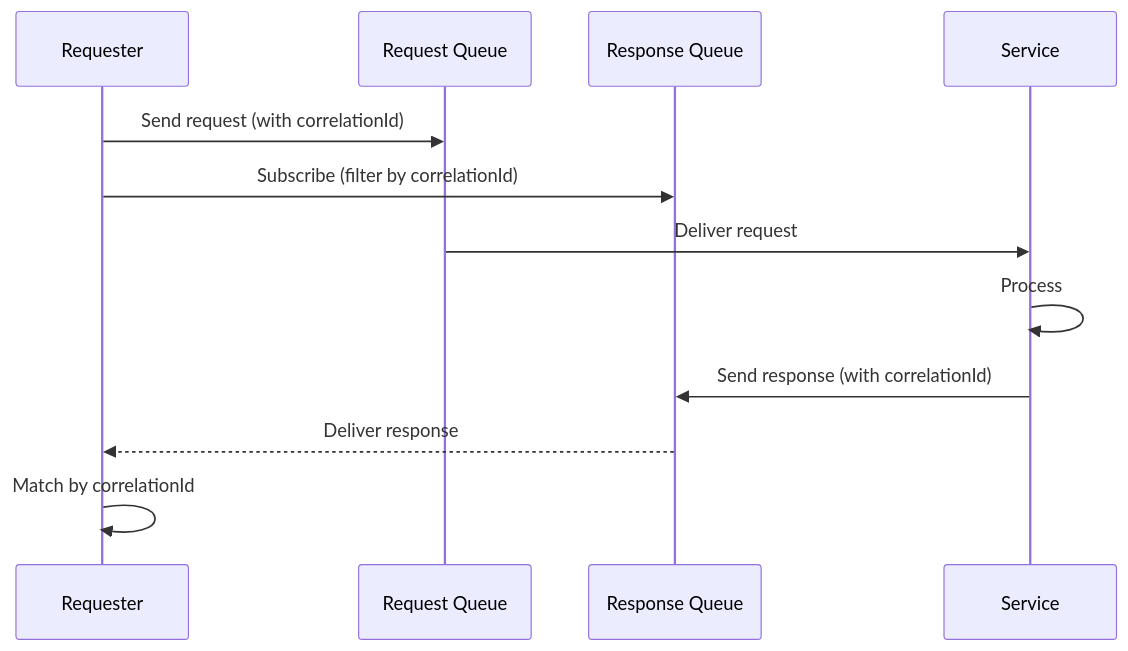
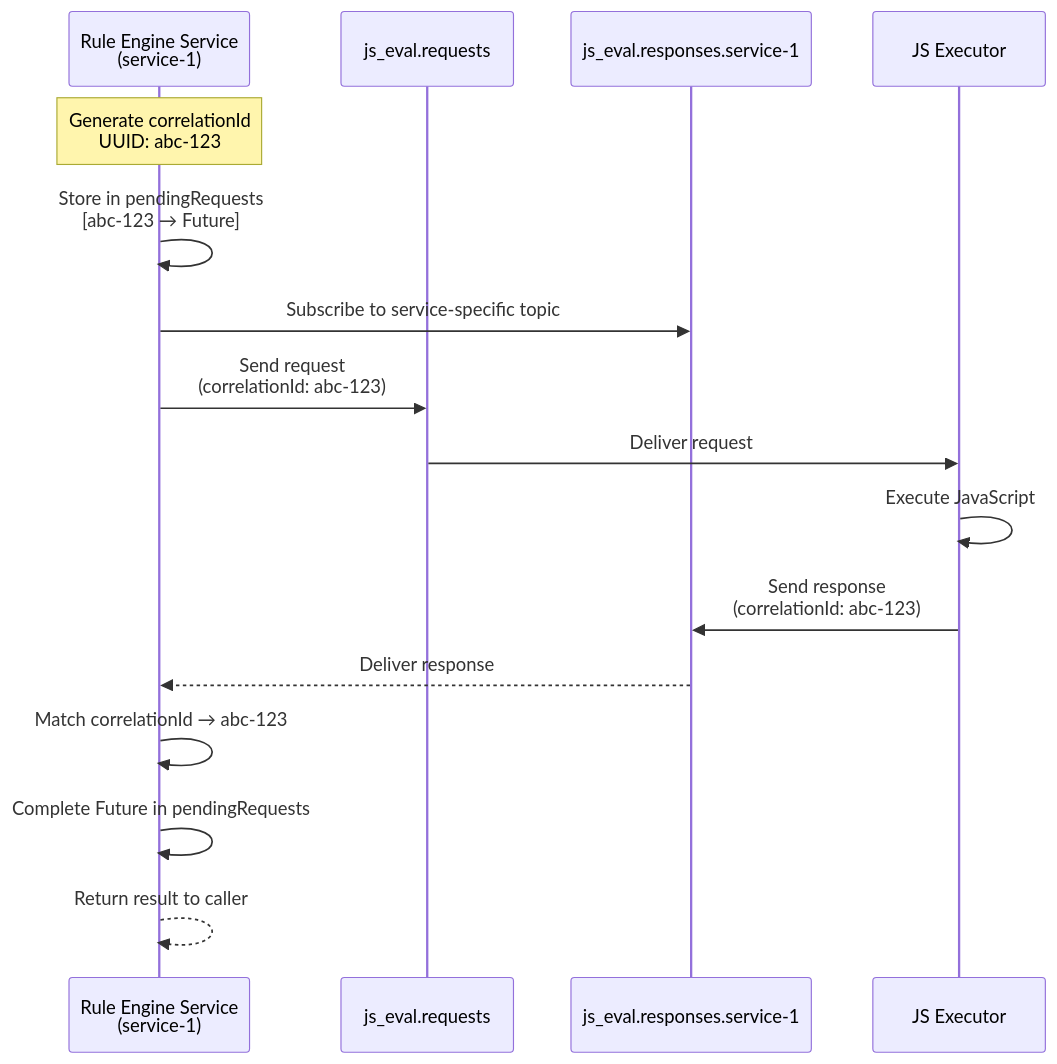
Before and after one commit to vx-daniel/tb-docs-project: diagram 11 of 14 in docs/08-message-queue/queue-architecture.md, drawn with Mermaid. The commit also changed other lines of this file and 58 other files, not shown here.

````diff
--- a/docs/08-message-queue/queue-architecture.md
+++ b/docs/08-message-queue/queue-architecture.md
@@ -562,17 +572,22 @@
 ```mermaid
 sequenceDiagram
-    participant REQ as Requester
-    participant RQ as Request Queue
-    participant RSQ as Response Queue
-    participant SVC as Service
+    participant REQ as Rule Engine Service<br/>(service-1)
+    participant RQ as js_eval.requests
+    participant RSQ as js_eval.responses.service-1
+    participant JS as JS Executor
 
-    REQ->>RQ: Send request (with correlationId)
-    REQ->>RSQ: Subscribe (filter by correlationId)
+    Note over REQ: Generate correlationId<br/>UUID: abc-123
 
-    RQ->>SVC: Deliver request
-    SVC->>SVC: Process
-    SVC->>RSQ: Send response (with correlationId)
+    REQ->>REQ: Store in pendingRequests<br/>[abc-123 → Future]
+    REQ->>RSQ: Subscribe to service-specific topic
+    REQ->>RQ: Send request<br/>(correlationId: abc-123)
+
+    RQ->>JS: Deliver request
+    JS->>JS: Execute JavaScript
+    JS->>RSQ: Send response<br/>(correlationId: abc-123)
 
     RSQ-->>REQ: Deliver response
-    REQ->>REQ: Match by correlationId
+    REQ->>REQ: Match correlationId → abc-123
+    REQ->>REQ: Complete Future in pendingRequests
+    REQ-->>REQ: Return result to caller
 ```
````
